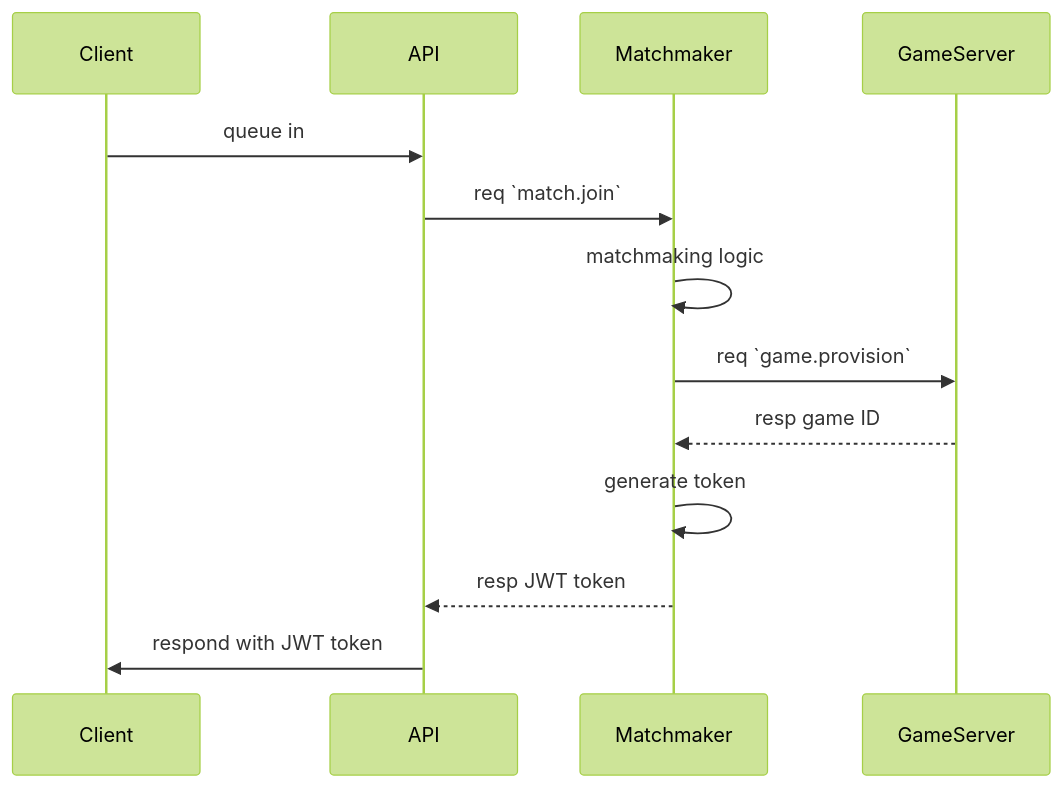
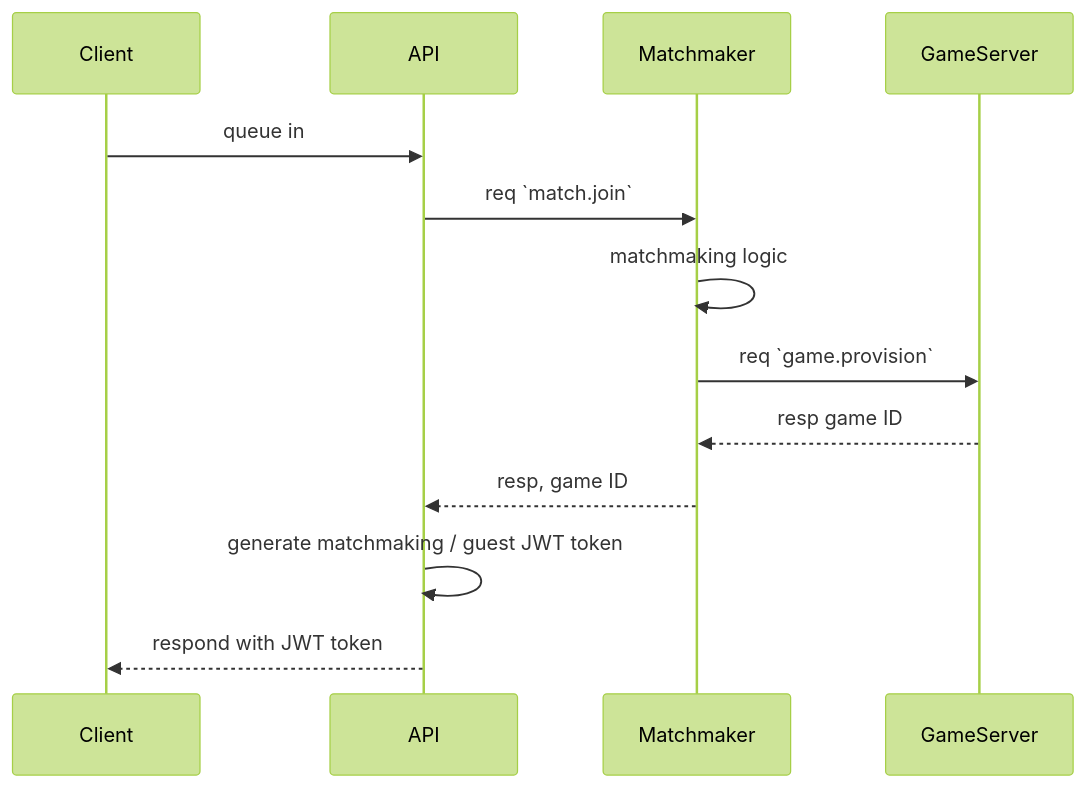
One commit to AlexFangSW/Typephoon-V2 changed the diagram in README.md. Above: the diagram before and after it, drawn with Mermaid (forest theme). The commit also changed other lines of this file, not shown here.

````diff
--- a/README.md
+++ b/README.md
@@ -110,11 +106,11 @@
 ```mermaid
 sequenceDiagram
     Client->>API: queue in
     API->>Matchmaker: req `match.join`
     Matchmaker->>Matchmaker: matchmaking logic
     Matchmaker->>GameServer: req `game.provision`
     GameServer-->>Matchmaker: resp game ID
-    Matchmaker->>Matchmaker: generate token
-    Matchmaker-->>API: resp JWT token
-    API->>Client: respond with JWT token
+    Matchmaker-->>API: resp, game ID
+    API->>API: generate matchmaking / guest JWT token
+    API-->>Client: respond with JWT token
 ```
````
